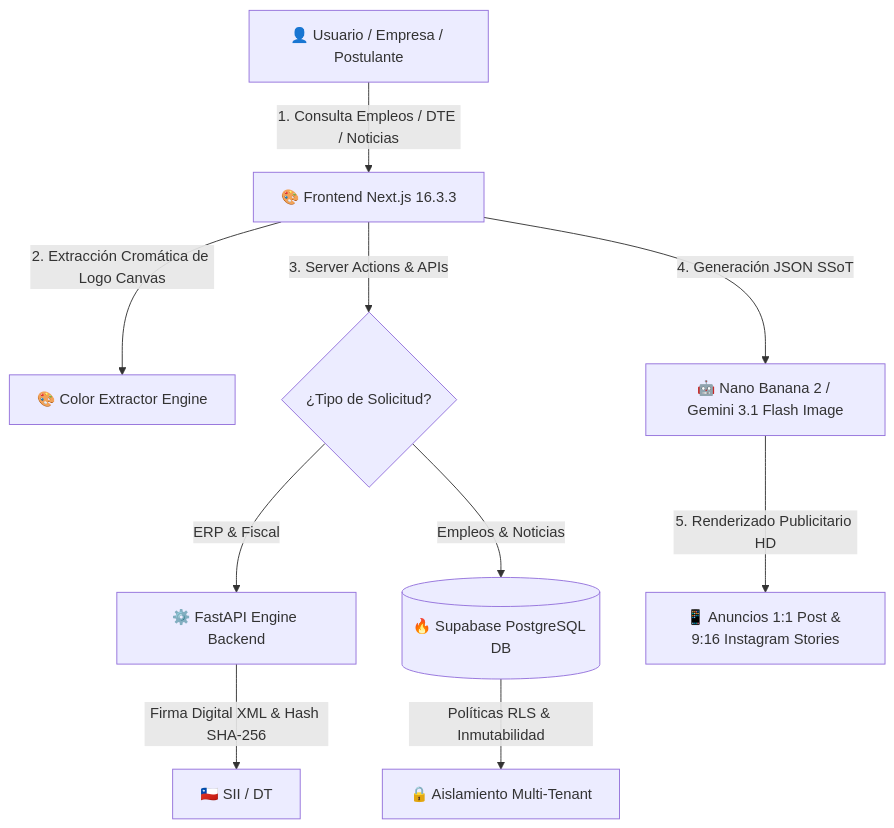
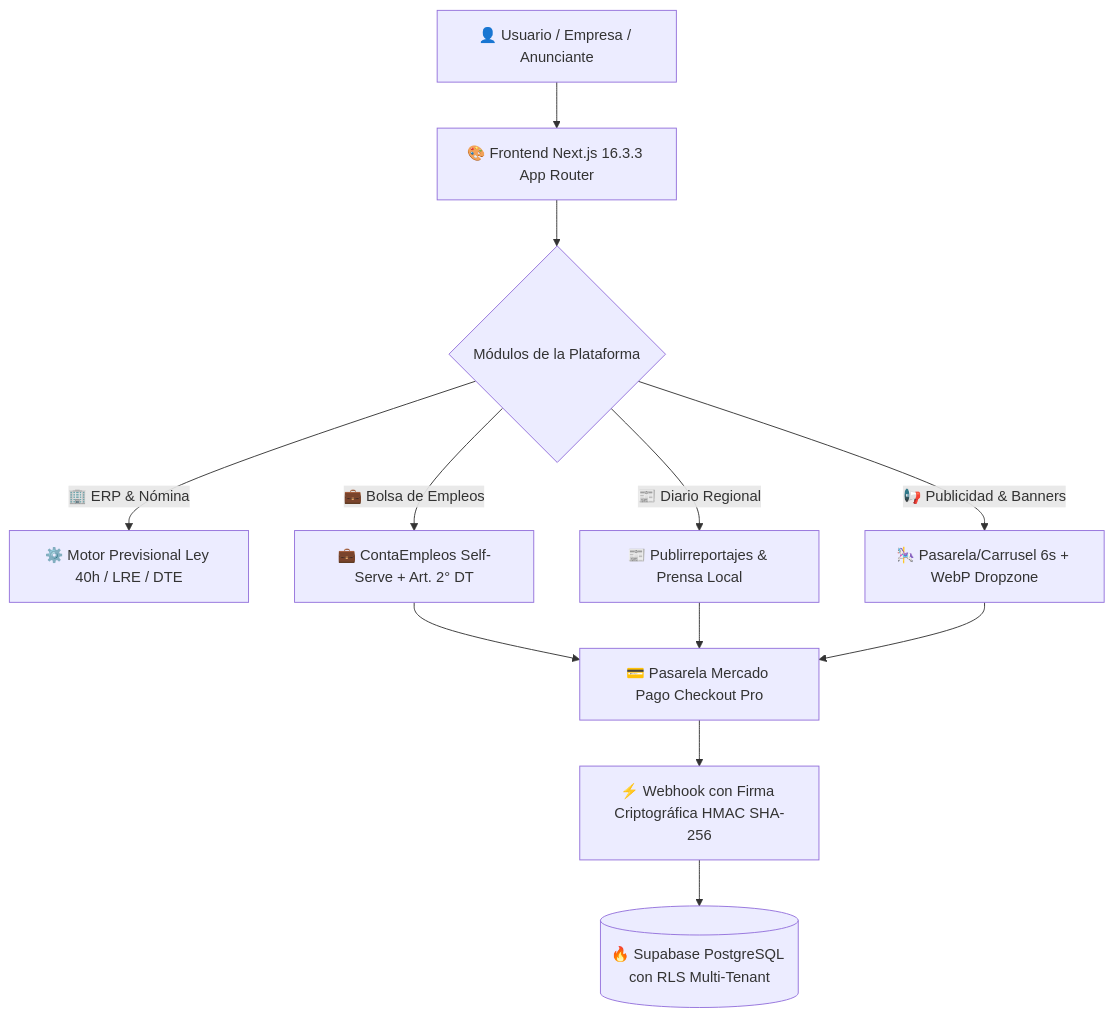
One commit to matiquelmec/ContapymeV2 changed the diagram in README.md. Above: the diagram before and after it, drawn with Mermaid. The commit also changed other lines of this file and 2 other files, not shown here.

````diff
--- a/README.md
+++ b/README.md
@@ -34,12 +37,18 @@
 ```mermaid
 graph TD
-    A[👤 Usuario / Empresa / Postulante] -->|1. Consulta Empleos / DTE / Noticias| B[🎨 Frontend Next.js 16.3.3]
-    B -->|2. Extracción Cromática de Logo Canvas| C[🎨 Color Extractor Engine]
-    B -->|3. Server Actions & APIs| D{¿Tipo de Solicitud?}
-    D -->|ERP & Fiscal| E[⚙️ FastAPI Engine Backend]
-    D -->|Empleos & Noticias| F[(🔥 Supabase PostgreSQL DB)]
-    E -->|Firma Digital XML & Hash SHA-256| G[🇨🇱 SII / DT]
-    F -->|Políticas RLS & Inmutabilidad| H[🔒 Aislamiento Multi-Tenant]
-    B -->|4. Generación JSON SSoT| I[🤖 Nano Banana 2 / Gemini 3.1 Flash Image]
-    I -->|5. Renderizado Publicitario HD| J[📱 Anuncios 1:1 Post & 9:16 Instagram Stories]
+    A[👤 Usuario / Empresa / Anunciante] --> B[🎨 Frontend Next.js 16.3.3 App Router]
+    
+    B --> C{Módulos de la Plataforma}
+    
+    C -->|🏢 ERP & Nómina| D[⚙️ Motor Previsional Ley 40h / LRE / DTE]
+    C -->|💼 Bolsa de Empleos| E[💼 ContaEmpleos Self-Serve + Art. 2° DT]
+    C -->|📰 Diario Regional| F[📰 Publirreportajes & Prensa Local]
+    C -->|📢 Publicidad & Banners| G[🎠 Pasarela/Carrusel 6s + WebP Dropzone]
+    
+    E --> H[💳 Pasarela Mercado Pago Checkout Pro]
+    F --> H
+    G --> H
+    
+    H --> I[⚡ Webhook con Firma Criptográfica HMAC SHA-256]
+    I --> J[(🔥 Supabase PostgreSQL con RLS Multi-Tenant)]
 ```
````
